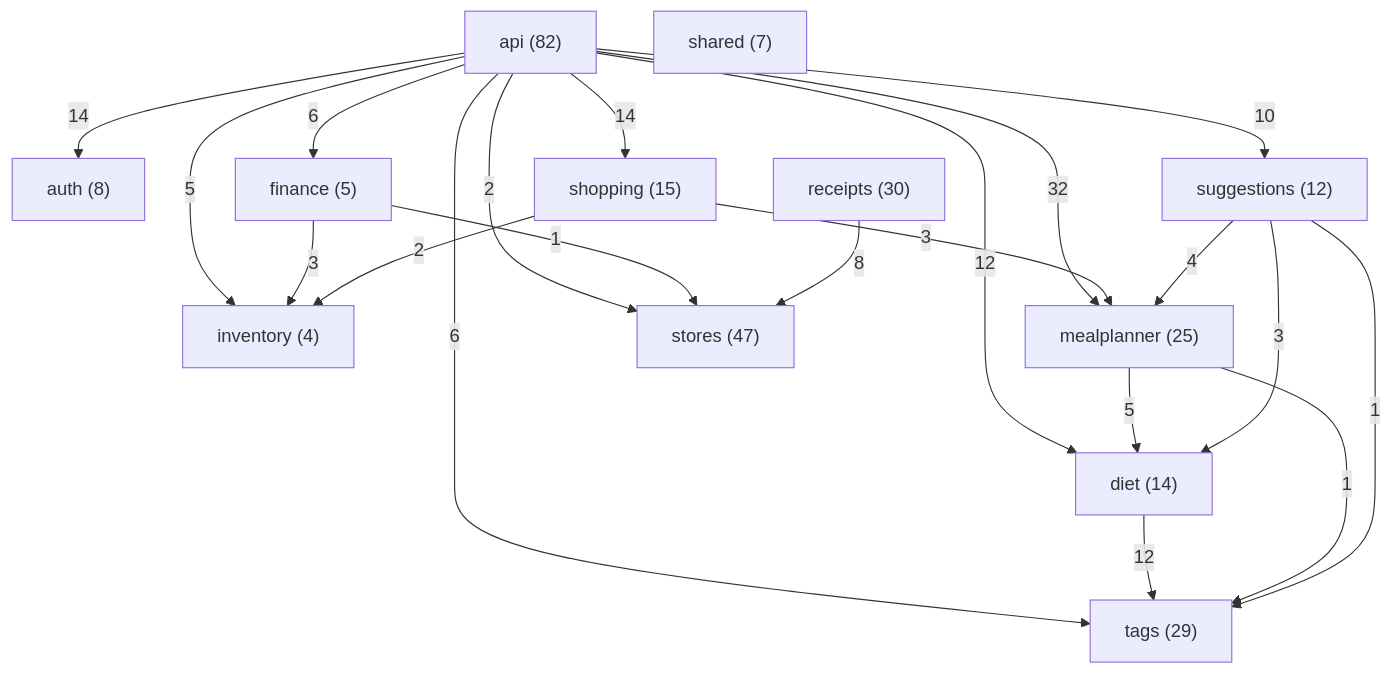
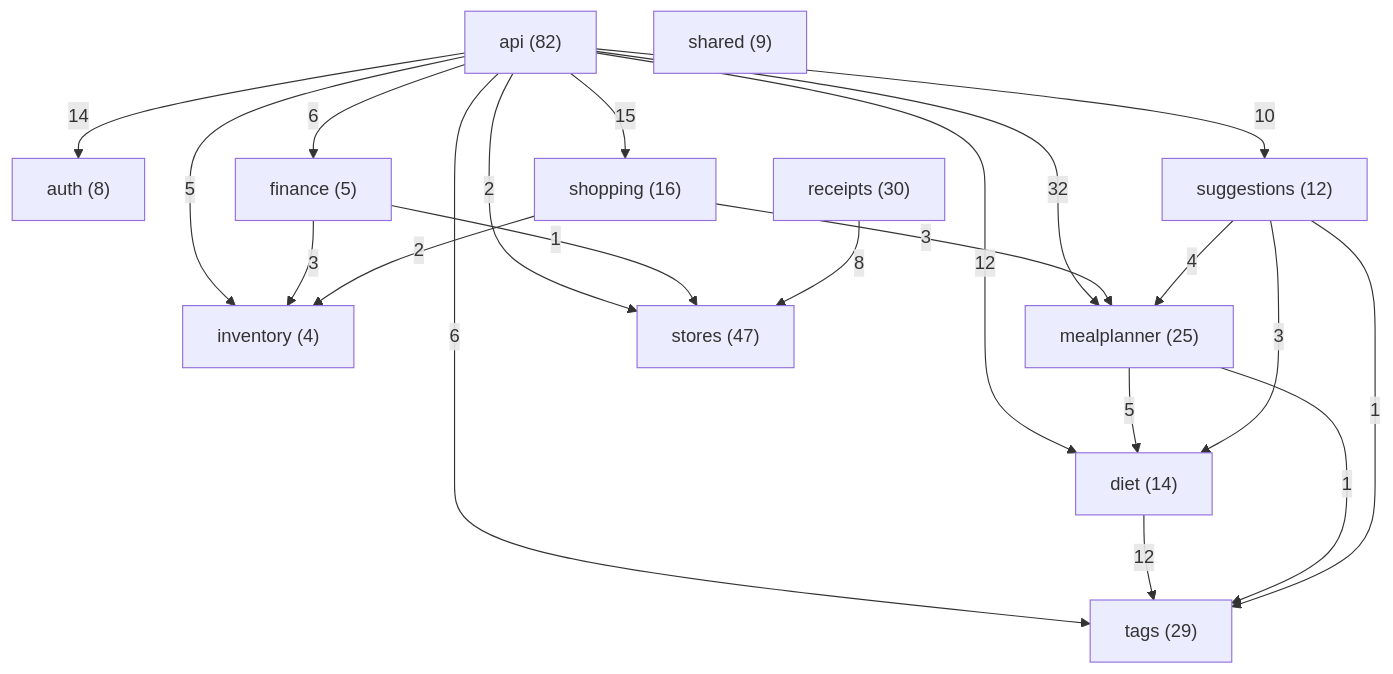
The diagram in docs/classes/README.md (Nate-ryan-7690/dahaem), drawn with Mermaid before and after one commit. The commit also changed other lines of this file and 4 other files, not shown here.

````diff
--- a/docs/classes/README.md
+++ b/docs/classes/README.md
@@ -9,35 +9,35 @@
 ```mermaid
 flowchart TD
     api["api (82)"]
     auth["auth (8)"]
     diet["diet (14)"]
     finance["finance (5)"]
     inventory["inventory (4)"]
     mealplanner["mealplanner (25)"]
     receipts["receipts (30)"]
-    shared["shared (7)"]
-    shopping["shopping (15)"]
+    shared["shared (9)"]
+    shopping["shopping (16)"]
     stores["stores (47)"]
     suggestions["suggestions (12)"]
     tags["tags (29)"]
     api -->|14| auth
     api -->|12| diet
     api -->|6| finance
     api -->|5| inventory
     api -->|32| mealplanner
-    api -->|14| shopping
+    api -->|15| shopping
     api -->|2| stores
     api -->|10| suggestions
     api -->|6| tags
     diet -->|12| tags
     finance -->|3| inventory
     finance -->|1| stores
     mealplanner -->|5| diet
     mealplanner -->|1| tags
     receipts -->|8| stores
     shopping -->|2| inventory
     shopping -->|3| mealplanner
     suggestions -->|3| diet
     suggestions -->|4| mealplanner
     suggestions -->|1| tags
 ```
````
